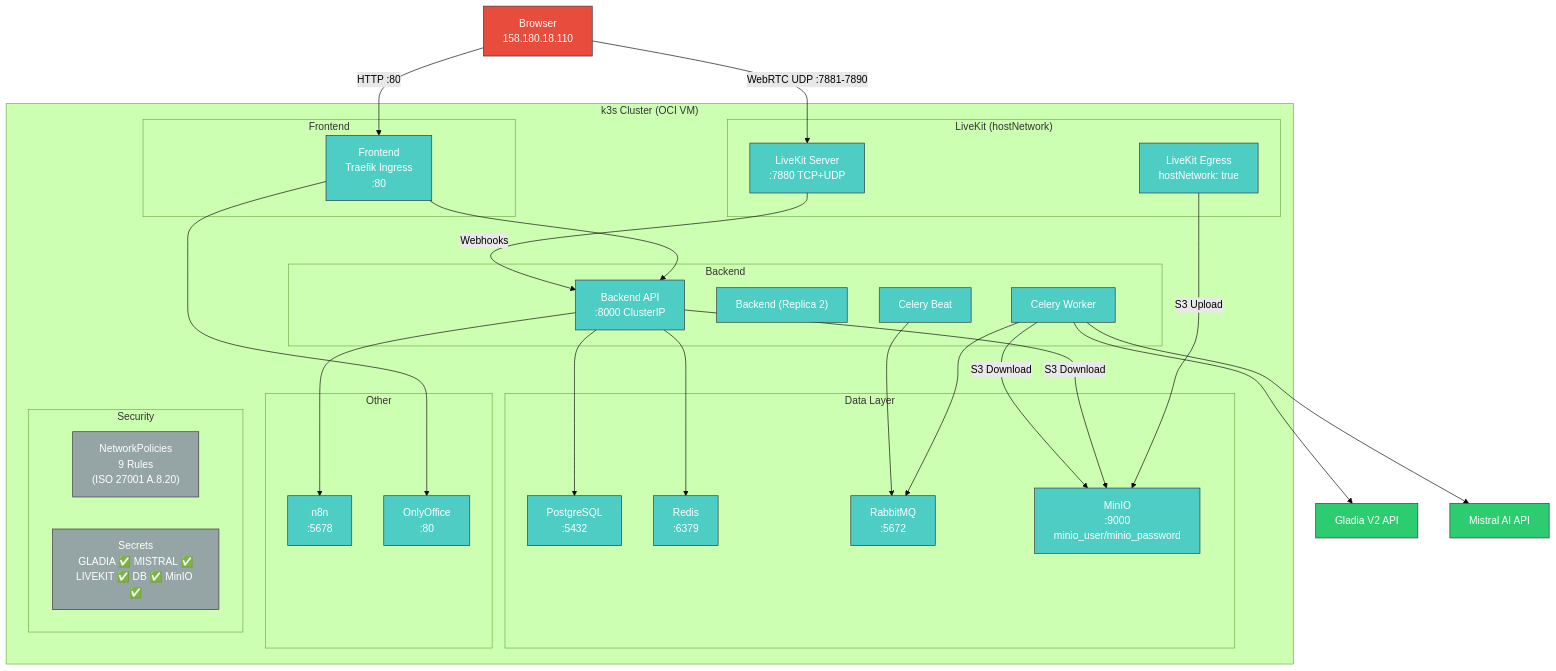
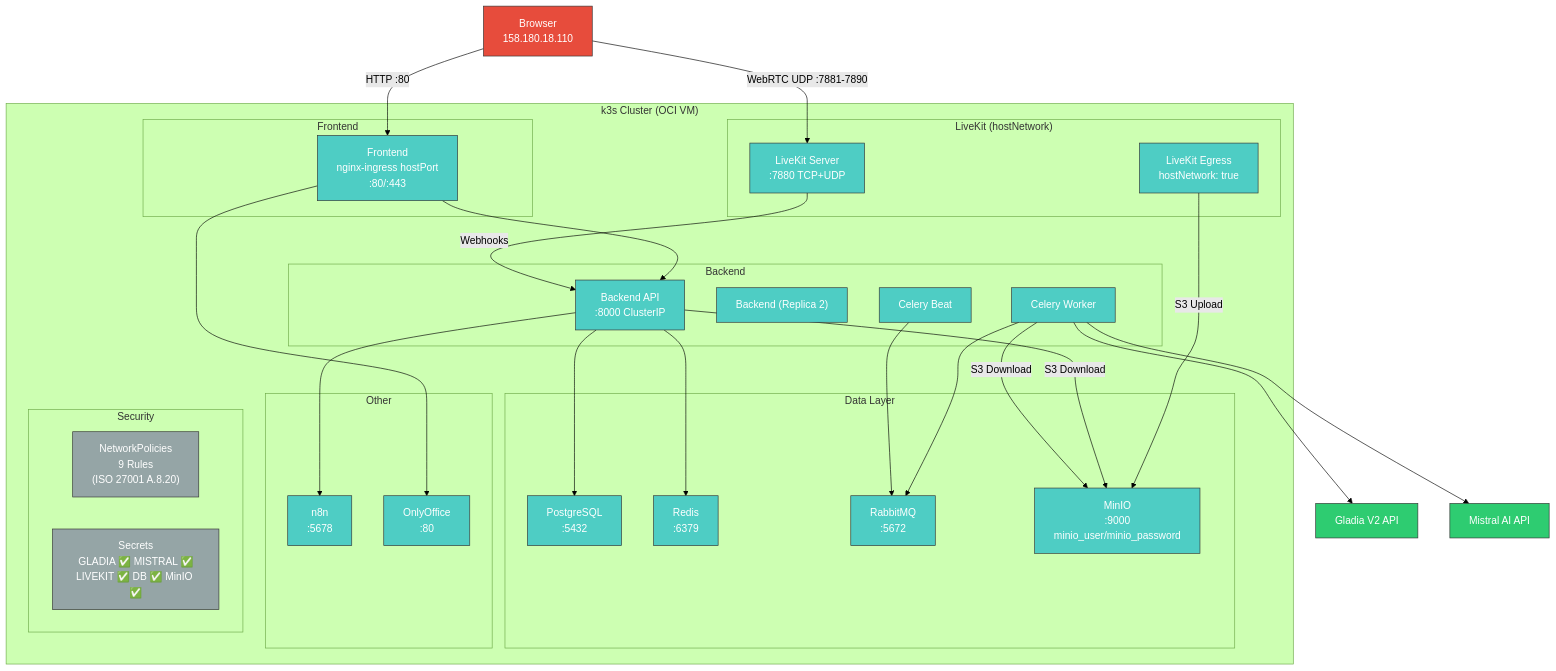
One commit to abatn/meeting-automation changed the fourth of 4 diagrams in docs/ARCHITECTURE.md. Above: the diagram before and after it, drawn with Mermaid (forest theme). The commit also changed other lines of this file and 24 other files, not shown here.

````diff
--- a/docs/ARCHITECTURE.md
+++ b/docs/ARCHITECTURE.md
@@ -216,64 +218,64 @@
 ```mermaid
 graph TB
     classDef internet fill:#e74c3c,stroke:#333,color:#fff
     classDef k3s_pod fill:#4ecdc4,stroke:#333,color:#fff
     classDef k3s_svc fill:#45b7d1,stroke:#333,color:#fff
     classDef k3s_conf fill:#95a5a6,stroke:#333,color:#fff
     classDef ext fill:#2ecc71,stroke:#333,color:#fff
 
     BROWSER["Browser<br/>158.180.18.110"]:::internet
 
     subgraph K3S["k3s Cluster (OCI VM)"]
         subgraph K3S_FRONTEND["Frontend"]
-            FE["Frontend<br/>Traefik Ingress<br/>:80"]:::k3s_pod
+            FE["Frontend<br/>nginx-ingress hostPort<br/>:80/:443"]:::k3s_pod
         end
 
         subgraph K3S_BACKEND["Backend"]
             BE1["Backend API<br/>:8000 ClusterIP"]:::k3s_pod
             BE2["Backend (Replica 2)"]:::k3s_pod
             CW["Celery Worker"]:::k3s_pod
             CB["Celery Beat"]:::k3s_pod
         end
 
         subgraph K3S_LIVEKIT["LiveKit (hostNetwork)"]
             LK["LiveKit Server<br/>:7880 TCP+UDP"]:::k3s_pod
             LE["LiveKit Egress<br/>hostNetwork: true"]:::k3s_pod
         end
 
         subgraph K3S_DATA["Data Layer"]
             PG["PostgreSQL<br/>:5432"]:::k3s_pod
             RD["Redis<br/>:6379"]:::k3s_pod
             MQ["RabbitMQ<br/>:5672"]:::k3s_pod
             MINIO["MinIO<br/>:9000<br/>minio_user/minio_password"]:::k3s_pod
         end
 
         subgraph K3S_OTHER["Other"]
             N8N["n8n<br/>:5678"]:::k3s_pod
             OO["OnlyOffice<br/>:80"]:::k3s_pod
         end
 
         subgraph K3S_SECURITY["Security"]
              NP["NetworkPolicies<br/>9 Rules<br/>(ISO 27001 A.8.20)"]:::k3s_conf
             SEC["Secrets<br/>GLADIA ✅ MISTRAL ✅<br/>LIVEKIT ✅ DB ✅ MinIO ✅"]:::k3s_conf
         end
     end
 
     GLADIA["Gladia V2 API"]:::ext
     MISTRAL["Mistral AI API"]:::ext
 
     BROWSER -- "WebRTC UDP :7881-7890" --> LK
     BROWSER -- "HTTP :80" --> FE
     FE --> BE1
     LK -- "Webhooks" --> BE1
     LE -- "S3 Upload" --> MINIO
     BE1 -- "S3 Download" --> MINIO
     CW -- "S3 Download" --> MINIO
     CW --> GLADIA
     CW --> MISTRAL
     BE1 --> PG
     BE1 --> RD
     CW --> MQ
     CB --> MQ
     FE --> OO
     BE1 --> N8N
 ```
````
